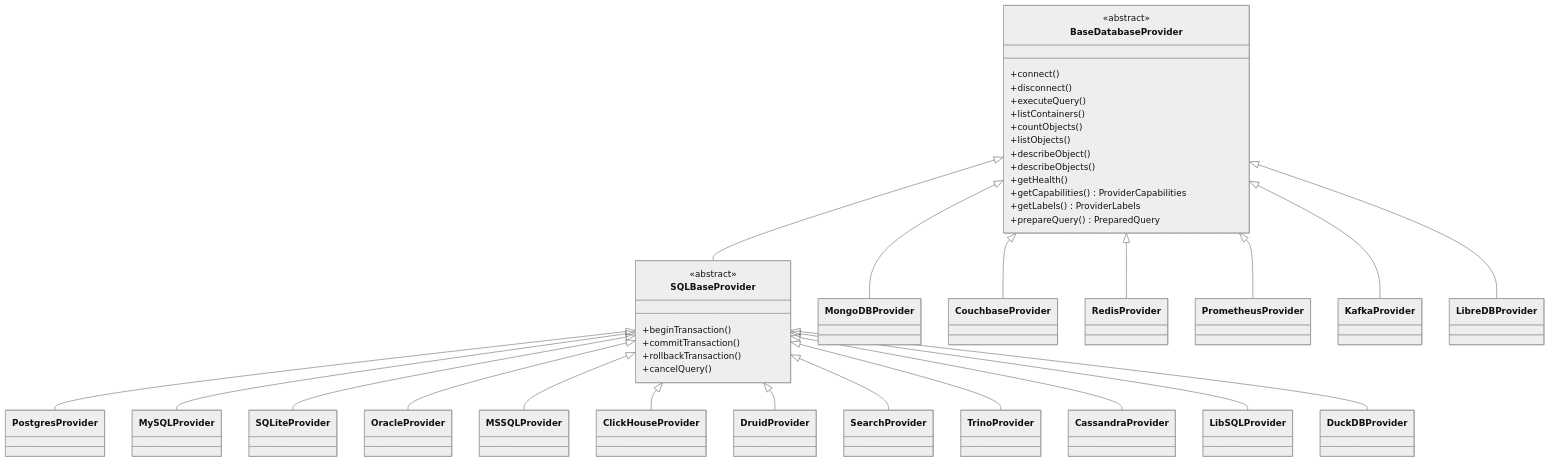
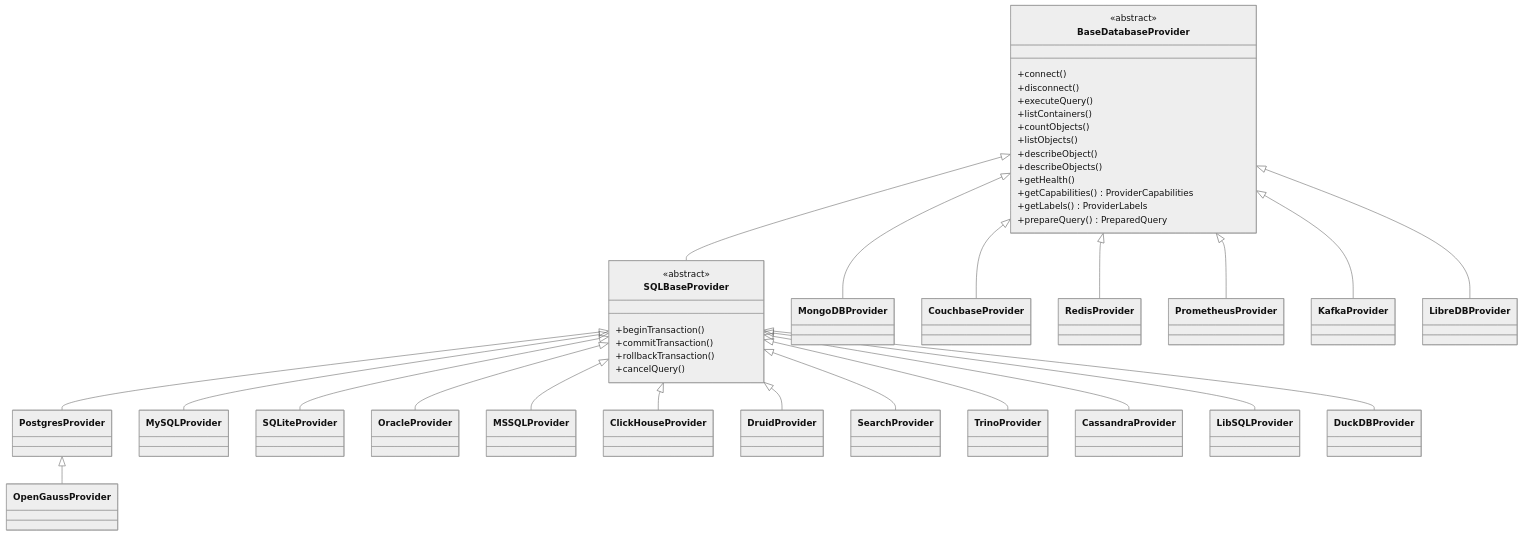
Before and after one commit to libredb/libredb-studio: the second of 3 diagrams in docs/ARCHITECTURE.md, drawn with Mermaid (neutral theme). The commit also changed other lines of this file and 82 other files, not shown here.

````diff
--- a/docs/ARCHITECTURE.md
+++ b/docs/ARCHITECTURE.md
@@ -83,47 +83,48 @@
 ```mermaid
 classDiagram
     class BaseDatabaseProvider {
         <<abstract>>
         +connect()
         +disconnect()
         +executeQuery()
         +listContainers()
         +countObjects()
         +listObjects()
         +describeObject()
         +describeObjects()
         +getHealth()
         +getCapabilities() ProviderCapabilities
         +getLabels() ProviderLabels
         +prepareQuery() PreparedQuery
     }
 
     class SQLBaseProvider {
         <<abstract>>
         +beginTransaction()
         +commitTransaction()
         +rollbackTransaction()
         +cancelQuery()
     }
 
     BaseDatabaseProvider <|-- SQLBaseProvider
     BaseDatabaseProvider <|-- MongoDBProvider
     BaseDatabaseProvider <|-- CouchbaseProvider
     BaseDatabaseProvider <|-- RedisProvider
     BaseDatabaseProvider <|-- PrometheusProvider
     BaseDatabaseProvider <|-- KafkaProvider
     BaseDatabaseProvider <|-- LibreDBProvider
 
     SQLBaseProvider <|-- PostgresProvider
+    PostgresProvider <|-- OpenGaussProvider
     SQLBaseProvider <|-- MySQLProvider
     SQLBaseProvider <|-- SQLiteProvider
     SQLBaseProvider <|-- OracleProvider
     SQLBaseProvider <|-- MSSQLProvider
     SQLBaseProvider <|-- ClickHouseProvider
     SQLBaseProvider <|-- DruidProvider
     SQLBaseProvider <|-- SearchProvider
     SQLBaseProvider <|-- TrinoProvider
     SQLBaseProvider <|-- CassandraProvider
     SQLBaseProvider <|-- LibSQLProvider
     SQLBaseProvider <|-- DuckDBProvider
 ```
````
